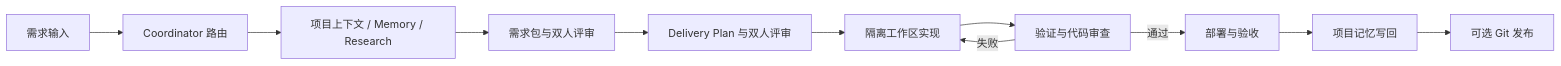
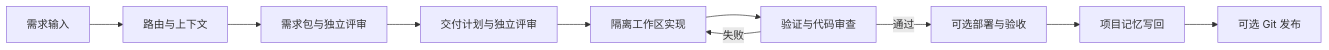
One commit to XX-Trader/openclaw-hardflow-backup-20260302 changed the diagram in README.md. Above: the diagram before and after it, drawn with Mermaid. The commit also changed other lines of this file and 471 other files, not shown here.

````diff
--- a/README.md
+++ b/README.md
@@ -19,13 +19,12 @@
 ```mermaid
 flowchart LR
-    A[需求输入] --> B[Coordinator 路由]
-    B --> C[项目上下文 / Memory / Research]
-    C --> D[需求包与双人评审]
-    D --> E[Delivery Plan 与双人评审]
-    E --> F[隔离工作区实现]
-    F --> G[验证与代码审查]
-    G -->|通过| H[部署与验收]
-    G -->|失败| F
-    H --> I[项目记忆写回]
-    I --> J[可选 Git 发布]
+    A[需求输入] --> B[路由与上下文]
+    B --> C[需求包与独立评审]
+    C --> D[交付计划与独立评审]
+    D --> E[隔离工作区实现]
+    E --> F[验证与代码审查]
+    F -->|通过| G[可选部署与验收]
+    F -->|失败| E
+    G --> H[项目记忆写回]
+    H --> I[可选 Git 发布]
 ```
````
